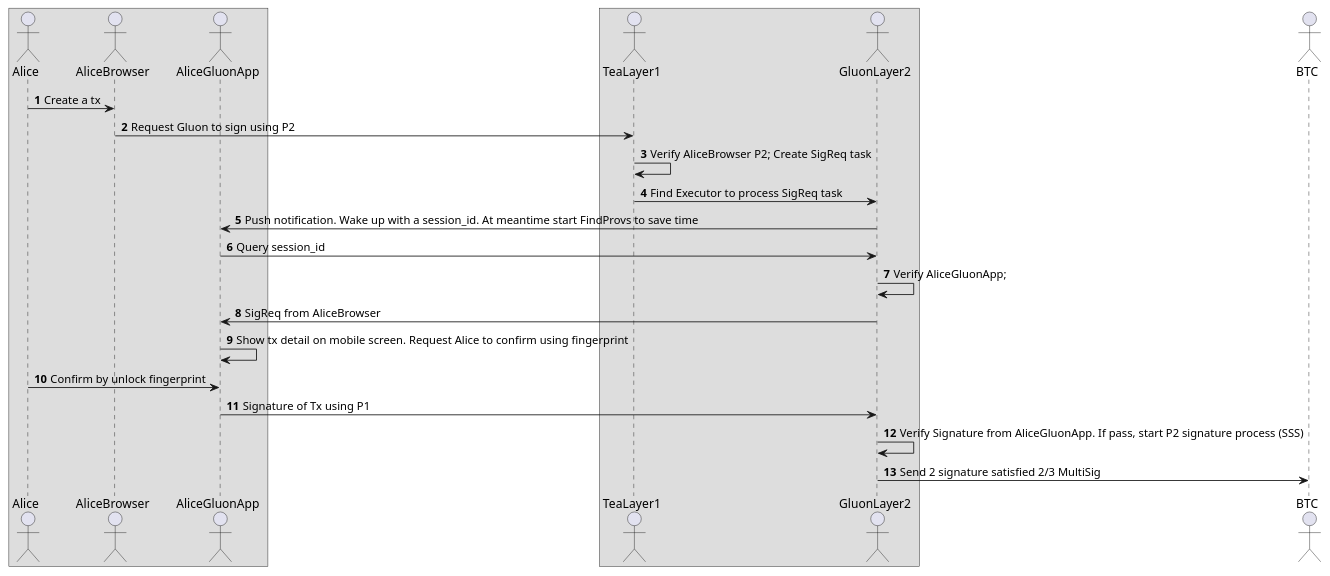
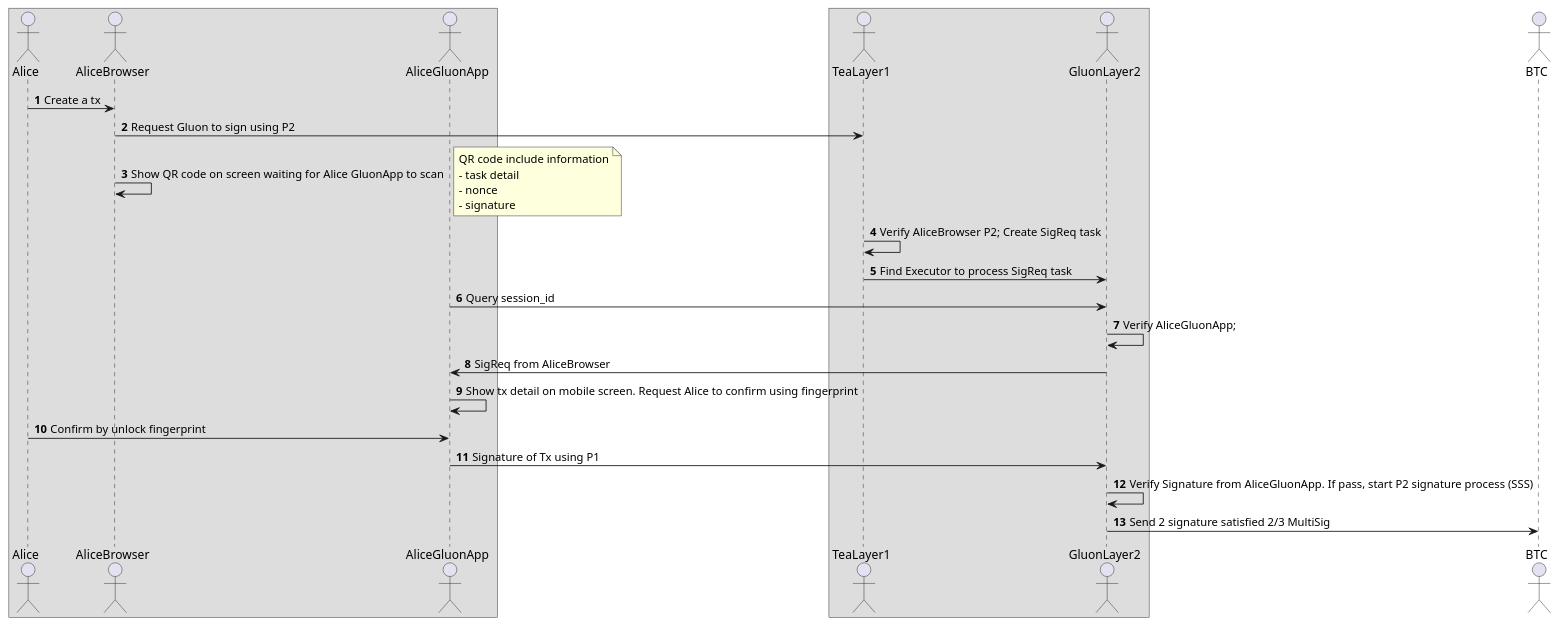
One commit to tearust/gluon-docs changed the third of 4 diagrams in Design/Key_management_design.md. Above: the diagram before and after it, drawn with PlantUML. The commit also changed other lines of this file, not shown here.

Commit message:
update remove push notification

````diff
--- a/Design/Key_management_design.md
+++ b/Design/Key_management_design.md
@@ -199,30 +204,37 @@
 ```puml
 @startuml
 autonumber
 box
 actor Alice
 actor AliceBrowser
 actor AliceGluonApp
 endbox
 box
 actor TeaLayer1
 actor GluonLayer2
 endbox
 
 actor BTC
 
 Alice -> AliceBrowser: Create a tx
 AliceBrowser -> TeaLayer1: Request Gluon to sign using P2
+AliceBrowser -> AliceBrowser: Show QR code on screen waiting for Alice GluonApp to scan
+note right
+QR code include information
+- task detail
+- nonce
+- signature
+end note
+
 TeaLayer1 -> TeaLayer1: Verify AliceBrowser P2; Create SigReq task
 TeaLayer1->GluonLayer2: Find Executor to process SigReq task
-GluonLayer2->AliceGluonApp: Push notification. Wake up with a session_id. At meantime start FindProvs to save time
 AliceGluonApp -> GluonLayer2: Query session_id
 GluonLayer2 -> GluonLayer2: Verify AliceGluonApp; 
 GluonLayer2 -> AliceGluonApp: SigReq from AliceBrowser
 AliceGluonApp -> AliceGluonApp: Show tx detail on mobile screen. Request Alice to confirm using fingerprint
 Alice -> AliceGluonApp: Confirm by unlock fingerprint
 AliceGluonApp -> GluonLayer2: Signature of Tx using P1
 GluonLayer2 -> GluonLayer2: Verify Signature from AliceGluonApp. If pass, start P2 signature process (SSS)
 GluonLayer2 -> BTC: Send 2 signature satisfied 2/3 MultiSig
 @enduml
 ```
````
